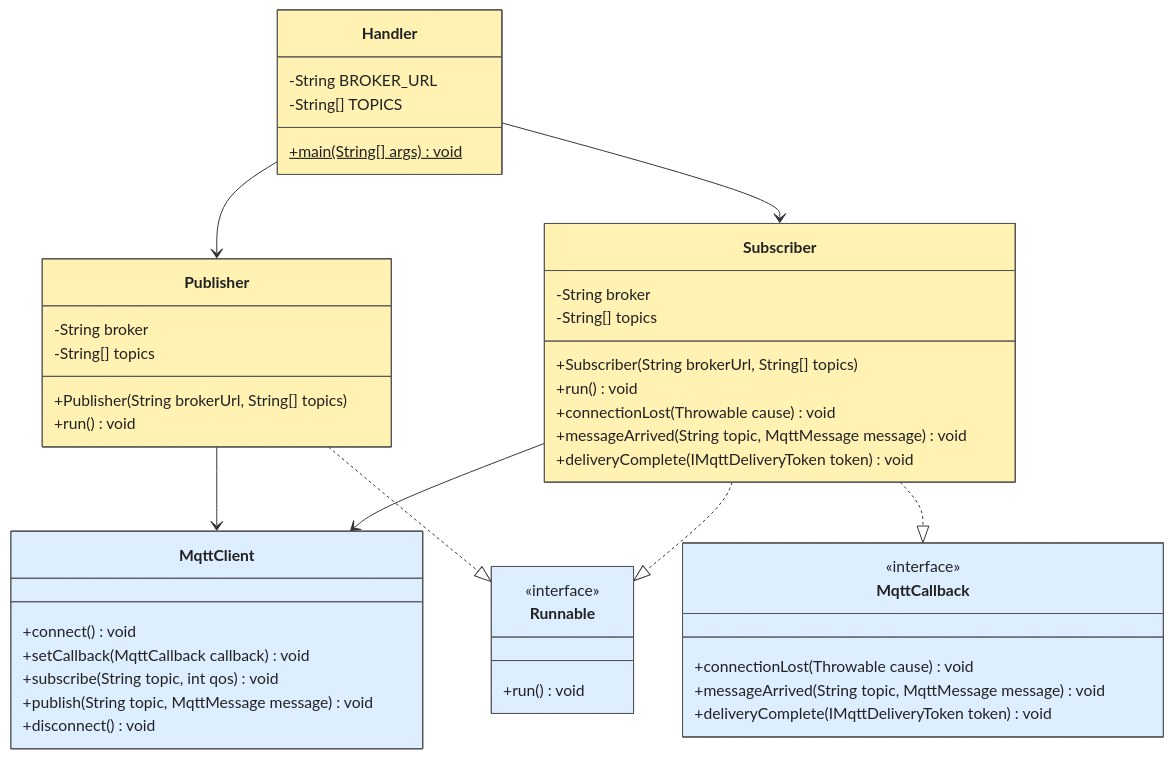
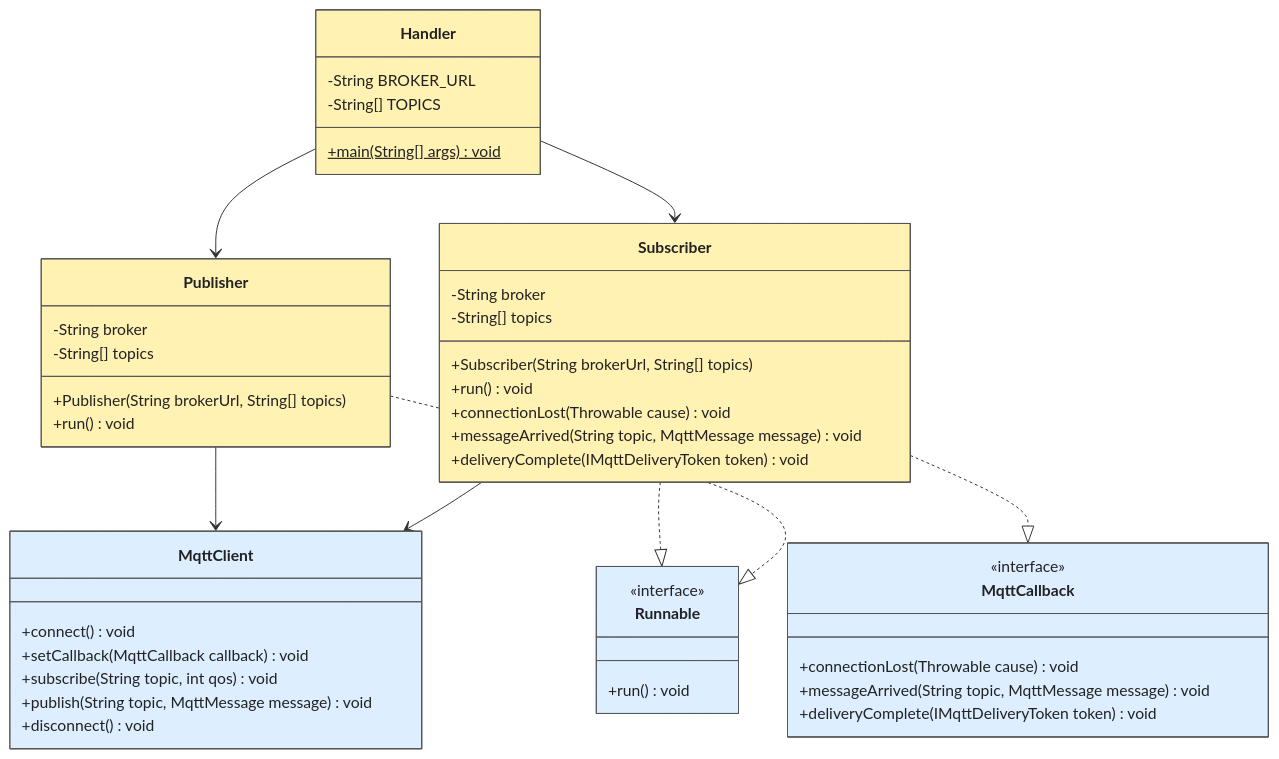
The diagram in DIAGRAM.md (csc-3100/cloud-mqtt), drawn with Mermaid before and after one commit.

Commit message:
Update UML diagram associations and interface realizations

````diff
--- a/DIAGRAM.md
+++ b/DIAGRAM.md
@@ -5,76 +5,75 @@
 ```mermaid
 ---
 config:
   class:
     diagramPadding: 60
 ---
 classDiagram
     direction TB
 
     class Handler {
         -String BROKER_URL
         -String[] TOPICS
         +main(String[] args)$ void
     }
 
     class Publisher {
         -String broker
         -String[] topics
         +Publisher(String brokerUrl, String[] topics)
         +run() void
     }
 
     class Subscriber {
         -String broker
         -String[] topics
         +Subscriber(String brokerUrl, String[] topics)
         +run() void
         +connectionLost(Throwable cause) void
         +messageArrived(String topic, MqttMessage message) void
         +deliveryComplete(IMqttDeliveryToken token) void
     }
 
     class Runnable {
         <<interface>>
         +run() void
     }
 
     class MqttCallback {
         <<interface>>
         +connectionLost(Throwable cause) void
         +messageArrived(String topic, MqttMessage message) void
         +deliveryComplete(IMqttDeliveryToken token) void
     }
 
     class MqttClient {
         +connect() void
         +setCallback(MqttCallback callback) void
         +subscribe(String topic, int qos) void
         +publish(String topic, MqttMessage message) void
         +disconnect() void
     }
 
     %% Associations
-
     Handler --> Publisher
     Handler --> Subscriber
 
     Publisher --> MqttClient
     Subscriber --> MqttClient
 
     %% Interface realizations
+    Subscriber ..|> MqttCallback
+    Subscriber ..|> Runnable
+    Publisher ..|> Runnable
 
-    Publisher ..|> Runnable
-    Subscriber ..|> Runnable
-    Subscriber ..|> MqttCallback
 
     %% CSC 3100 UML colors
 
     style Handler fill:#FFF2B3,stroke:#555555,color:#222222
     style Publisher fill:#FFF2B3,stroke:#555555,color:#222222
     style Subscriber fill:#FFF2B3,stroke:#555555,color:#222222
 
     style Runnable fill:#DCEEFF,stroke:#555555,color:#222222
     style MqttCallback fill:#DCEEFF,stroke:#555555,color:#222222
     style MqttClient fill:#DCEEFF,stroke:#555555,color:#222222
 ```
````
